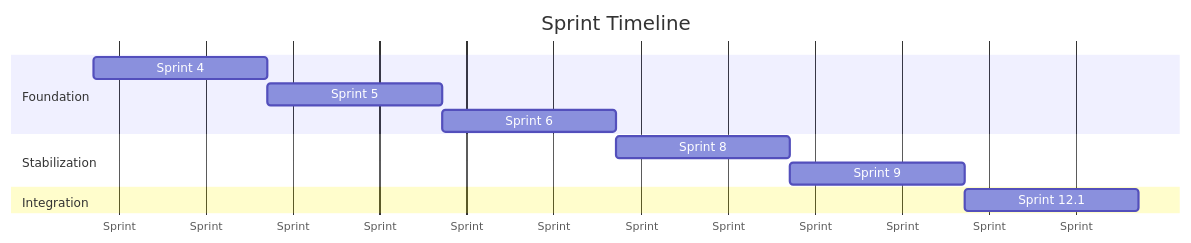
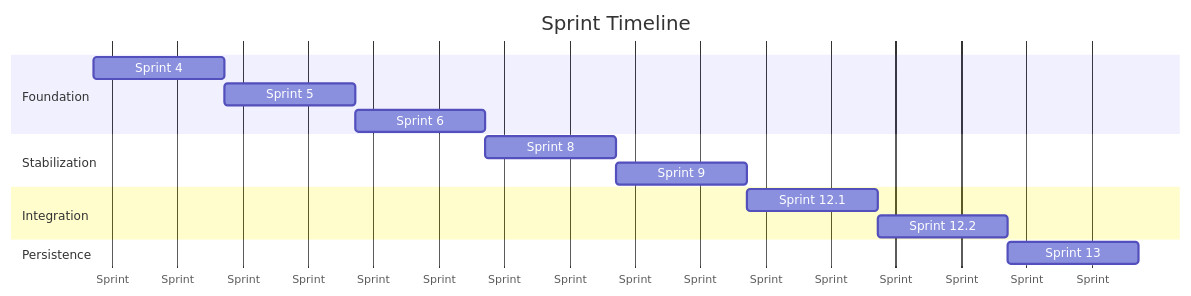
The diagram in docs/reference/timeline.md (Smit-whitespace/repository-intelligence-platform), drawn with Mermaid before and after one commit. The commit also changed other lines of this file and 75 other files, not shown here.

````diff
--- a/docs/reference/timeline.md
+++ b/docs/reference/timeline.md
@@ -18,18 +18,22 @@
 ```mermaid
 gantt
     title Sprint Timeline
     dateFormat  YYYY-MM-DD
     axisFormat  Sprint
 
     section Foundation
     Sprint 4 :s4, 2026-05-01, 14d
     Sprint 5 :s5, after s4, 14d
     Sprint 6 :s6, after s5, 14d
 
     section Stabilization
     Sprint 8 :s8, after s6, 14d
     Sprint 9 :s9, after s8, 14d
 
     section Integration
     Sprint 12.1 :s121, after s9, 14d
+    Sprint 12.2 :s122, after s121, 14d
+
+    section Persistence
+    Sprint 13 :s13, after s122, 14d
 ```
````
